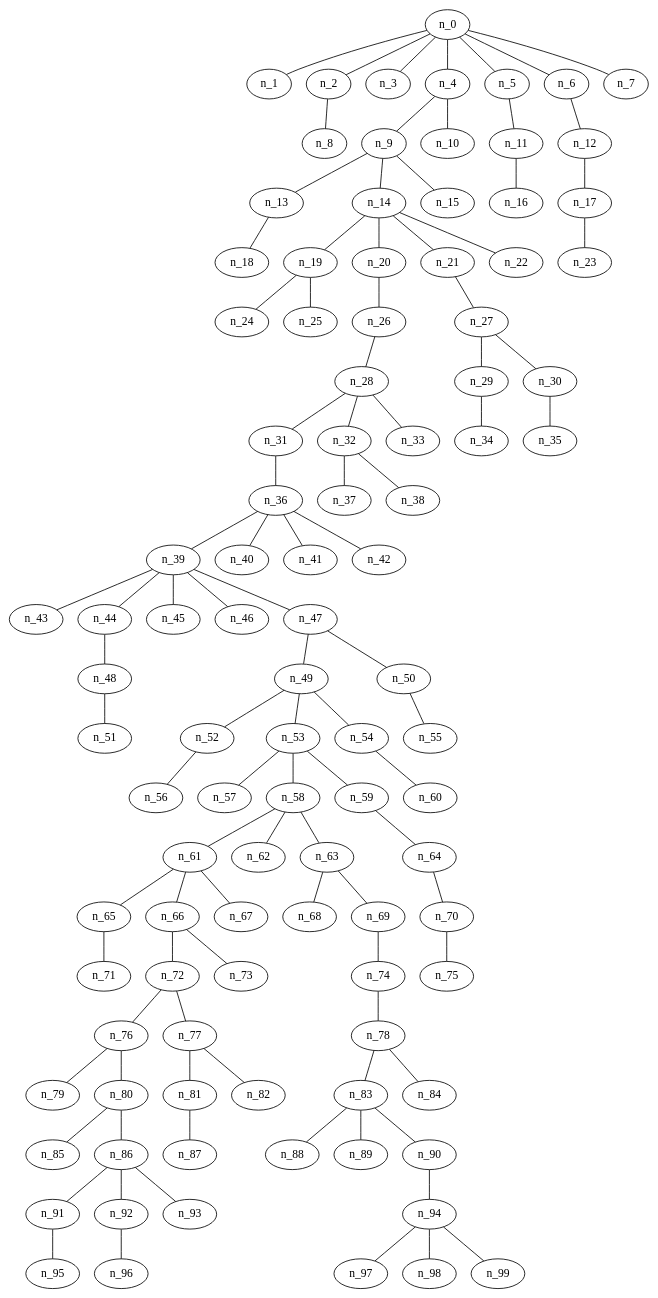
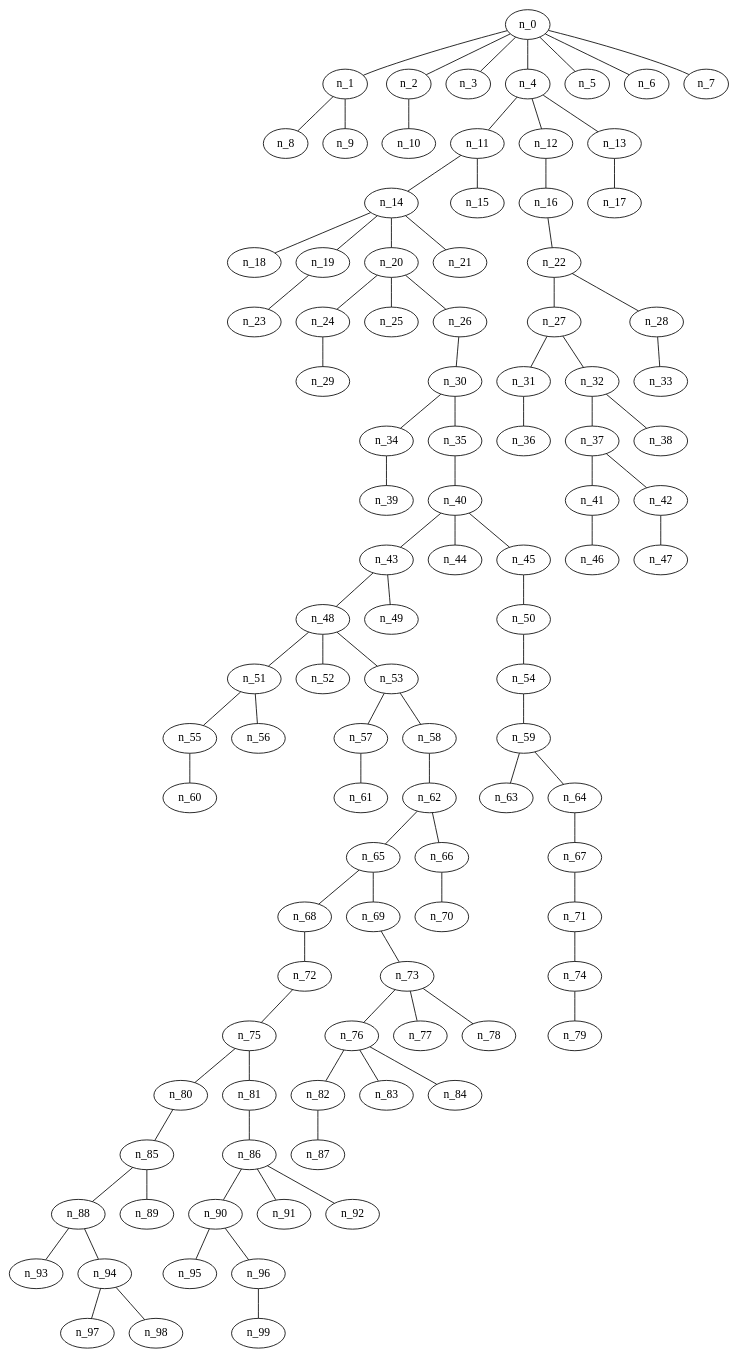
One commit to AkatzinBH/DAA changed the diagram in Proyecto2/100 Nodos/Barabasi/grafoBarabasi_100_7_BFS.gv. Above: the diagram before and after it, drawn with Graphviz. The commit also changed 3 other files, not shown here.

```diff
--- a/Proyecto2/100 Nodos/Barabasi/grafoBarabasi_100_7_BFS.gv
+++ b/Proyecto2/100 Nodos/Barabasi/grafoBarabasi_100_7_BFS.gv
@@ -106,96 +106,96 @@
 n_0 -- n_5;
 n_0 -- n_6;
 n_0 -- n_7;
-n_2 -- n_8;
-n_4 -- n_9;
-n_4 -- n_10;
-n_5 -- n_11;
-n_6 -- n_12;
-n_9 -- n_13;
-n_9 -- n_14;
-n_9 -- n_15;
-n_11 -- n_16;
-n_12 -- n_17;
-n_13 -- n_18;
+n_1 -- n_8;
+n_1 -- n_9;
+n_2 -- n_10;
+n_4 -- n_11;
+n_4 -- n_12;
+n_4 -- n_13;
+n_11 -- n_14;
+n_11 -- n_15;
+n_12 -- n_16;
+n_13 -- n_17;
+n_14 -- n_18;
 n_14 -- n_19;
 n_14 -- n_20;
 n_14 -- n_21;
-n_14 -- n_22;
-n_17 -- n_23;
-n_19 -- n_24;
-n_19 -- n_25;
+n_16 -- n_22;
+n_19 -- n_23;
+n_20 -- n_24;
+n_20 -- n_25;
 n_20 -- n_26;
-n_21 -- n_27;
-n_26 -- n_28;
-n_27 -- n_29;
-n_27 -- n_30;
-n_28 -- n_31;
-n_28 -- n_32;
+n_22 -- n_27;
+n_22 -- n_28;
+n_24 -- n_29;
+n_26 -- n_30;
+n_27 -- n_31;
+n_27 -- n_32;
 n_28 -- n_33;
-n_29 -- n_34;
+n_30 -- n_34;
 n_30 -- n_35;
 n_31 -- n_36;
 n_32 -- n_37;
 n_32 -- n_38;
-n_36 -- n_39;
-n_36 -- n_40;
-n_36 -- n_41;
-n_36 -- n_42;
-n_39 -- n_43;
-n_39 -- n_44;
-n_39 -- n_45;
-n_39 -- n_46;
-n_39 -- n_47;
-n_44 -- n_48;
-n_47 -- n_49;
-n_47 -- n_50;
+n_34 -- n_39;
+n_35 -- n_40;
+n_37 -- n_41;
+n_37 -- n_42;
+n_40 -- n_43;
+n_40 -- n_44;
+n_40 -- n_45;
+n_41 -- n_46;
+n_42 -- n_47;
+n_43 -- n_48;
+n_43 -- n_49;
+n_45 -- n_50;
 n_48 -- n_51;
-n_49 -- n_52;
-n_49 -- n_53;
-n_49 -- n_54;
-n_50 -- n_55;
-n_52 -- n_56;
+n_48 -- n_52;
+n_48 -- n_53;
+n_50 -- n_54;
+n_51 -- n_55;
+n_51 -- n_56;
 n_53 -- n_57;
 n_53 -- n_58;
-n_53 -- n_59;
-n_54 -- n_60;
-n_58 -- n_61;
+n_54 -- n_59;
+n_55 -- n_60;
+n_57 -- n_61;
 n_58 -- n_62;
-n_58 -- n_63;
+n_59 -- n_63;
 n_59 -- n_64;
-n_61 -- n_65;
-n_61 -- n_66;
-n_61 -- n_67;
-n_63 -- n_68;
-n_63 -- n_69;
-n_64 -- n_70;
-n_65 -- n_71;
-n_66 -- n_72;
-n_66 -- n_73;
-n_69 -- n_74;
-n_70 -- n_75;
-n_72 -- n_76;
-n_72 -- n_77;
-n_74 -- n_78;
-n_76 -- n_79;
-n_76 -- n_80;
-n_77 -- n_81;
-n_77 -- n_82;
-n_78 -- n_83;
-n_78 -- n_84;
+n_62 -- n_65;
+n_62 -- n_66;
+n_64 -- n_67;
+n_65 -- n_68;
+n_65 -- n_69;
+n_66 -- n_70;
+n_67 -- n_71;
+n_68 -- n_72;
+n_69 -- n_73;
+n_71 -- n_74;
+n_72 -- n_75;
+n_73 -- n_76;
+n_73 -- n_77;
+n_73 -- n_78;
+n_74 -- n_79;
+n_75 -- n_80;
+n_75 -- n_81;
+n_76 -- n_82;
+n_76 -- n_83;
+n_76 -- n_84;
 n_80 -- n_85;
-n_80 -- n_86;
-n_81 -- n_87;
-n_83 -- n_88;
-n_83 -- n_89;
-n_83 -- n_90;
+n_81 -- n_86;
+n_82 -- n_87;
+n_85 -- n_88;
+n_85 -- n_89;
+n_86 -- n_90;
 n_86 -- n_91;
 n_86 -- n_92;
-n_86 -- n_93;
-n_90 -- n_94;
-n_91 -- n_95;
-n_92 -- n_96;
+n_88 -- n_93;
+n_88 -- n_94;
+n_90 -- n_95;
+n_90 -- n_96;
 n_94 -- n_97;
 n_94 -- n_98;
-n_94 -- n_99;
+n_96 -- n_99;
 }
```
